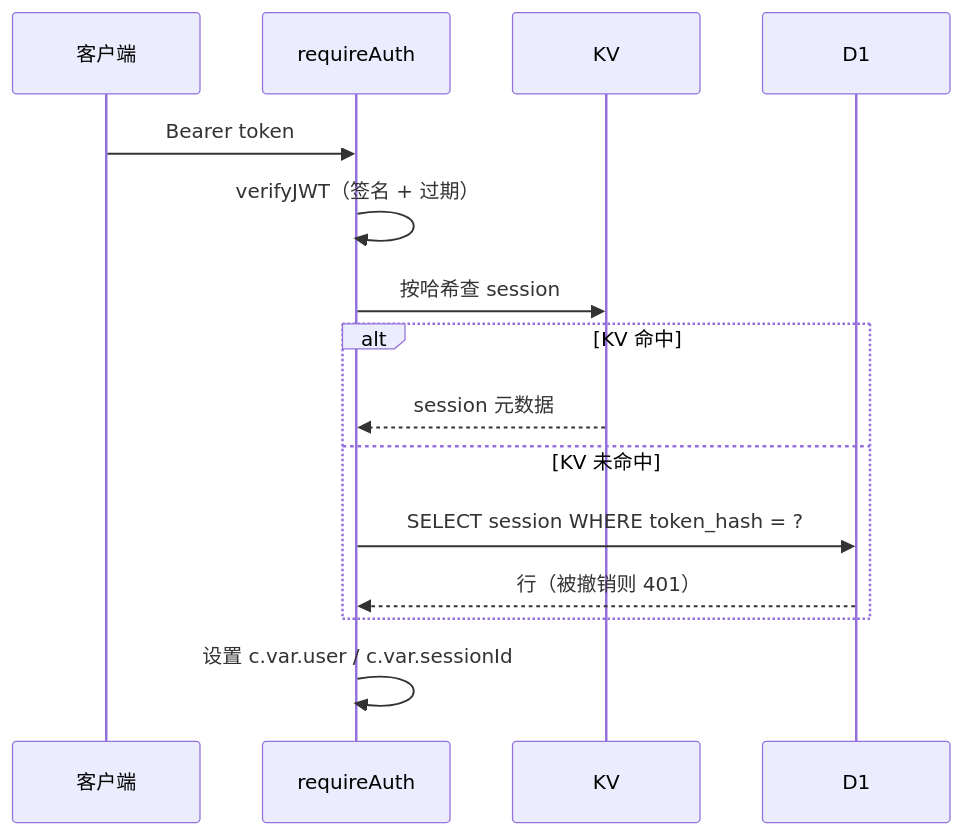
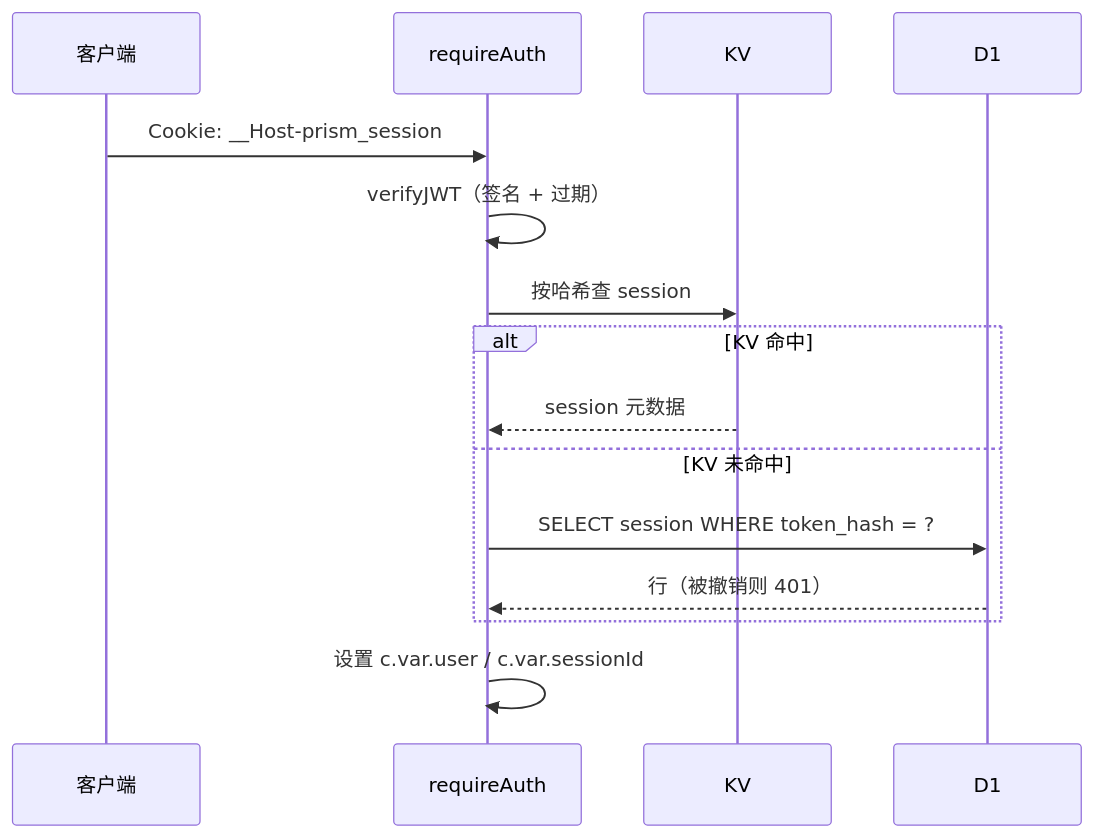
The fourth of 4 diagrams in docs/zh/architecture.md (siiway/prism), drawn with Mermaid before and after one commit. The commit also changed other lines of this file and 41 other files, not shown here.

````diff
--- a/docs/zh/architecture.md
+++ b/docs/zh/architecture.md
@@ -271,18 +271,18 @@
 ```mermaid
 sequenceDiagram
   participant Client as 客户端
   participant requireAuth
   participant KV
   participant D1
 
-  Client->>requireAuth: Bearer token
+  Client->>requireAuth: Cookie: __Host-prism_session
   requireAuth->>requireAuth: verifyJWT（签名 + 过期）
   requireAuth->>KV: 按哈希查 session
   alt KV 命中
     KV-->>requireAuth: session 元数据
   else KV 未命中
     requireAuth->>D1: SELECT session WHERE token_hash = ?
     D1-->>requireAuth: 行（被撤销则 401）
   end
   requireAuth->>requireAuth: 设置 c.var.user / c.var.sessionId
 ```
````
